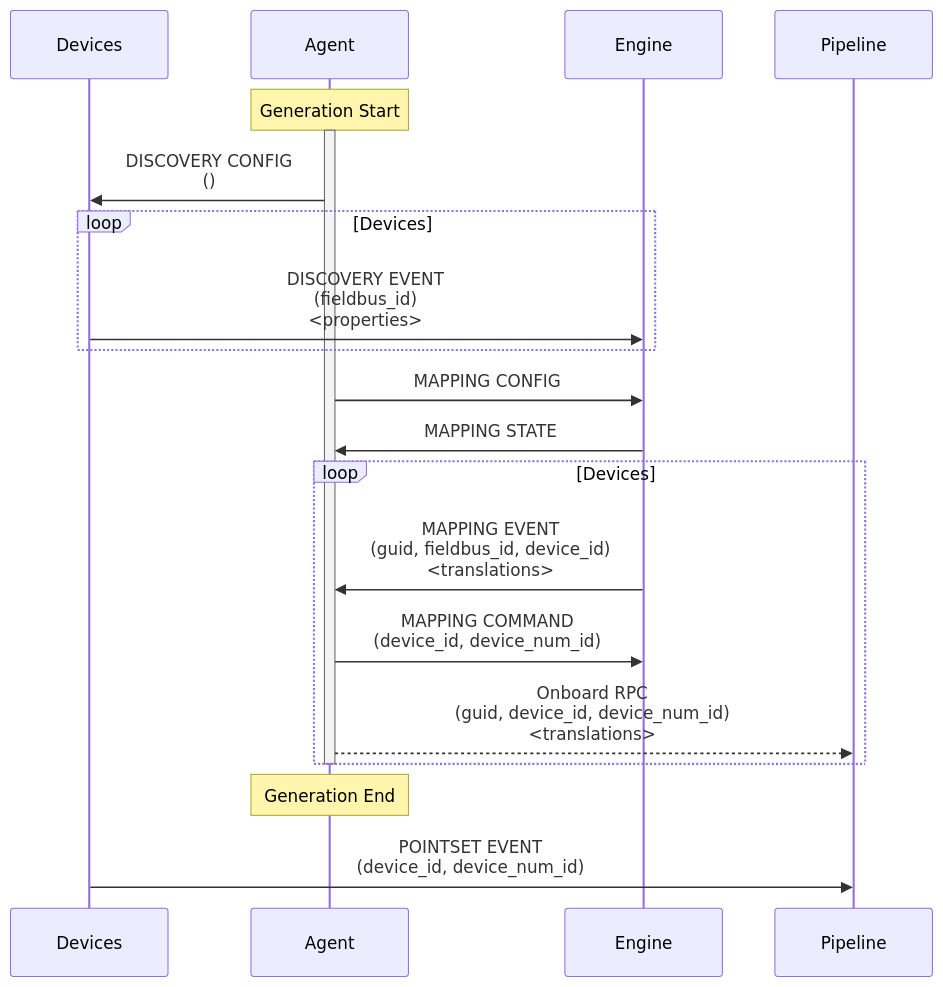
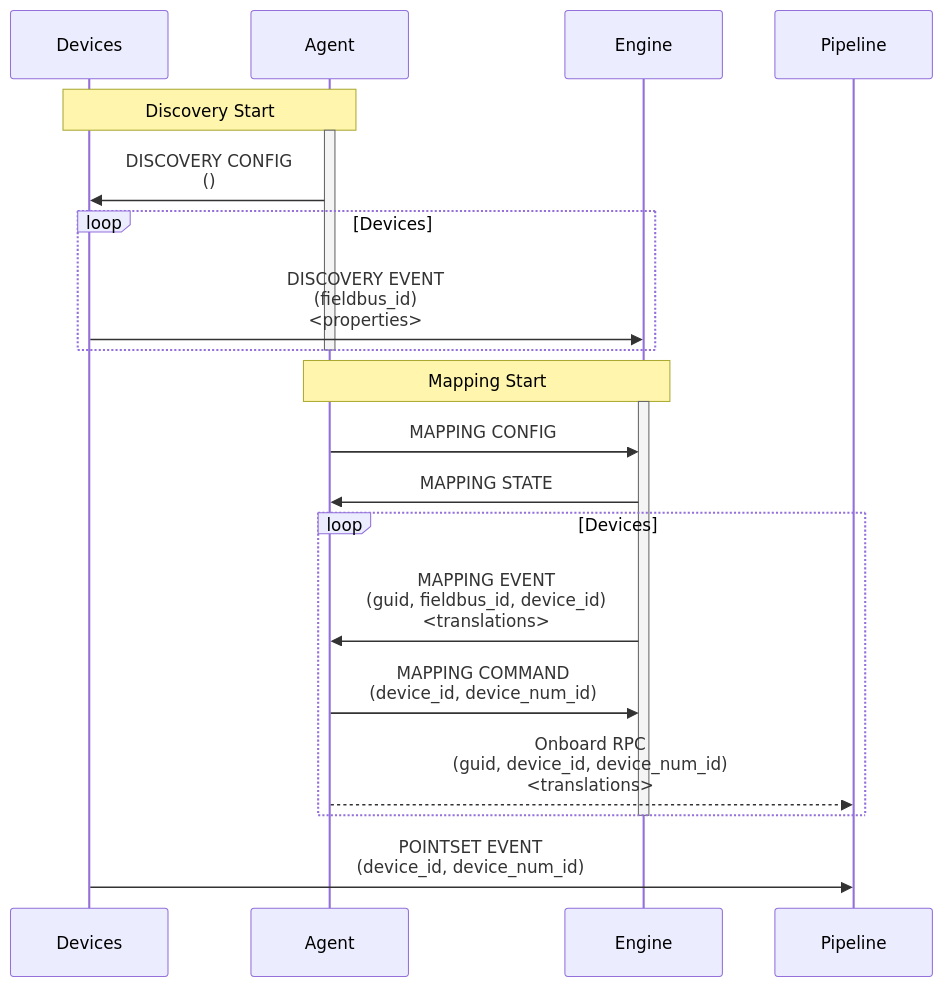
Before and after one commit to faucetsdn/udmi: the diagram in docs/specs/mapping.md, drawn with Mermaid.

Commit message:
Adding activations

````diff
--- a/docs/specs/mapping.md
+++ b/docs/specs/mapping.md
@@ -31,24 +31,26 @@
 ```mermaid
 sequenceDiagram
   %%{wrap}%%
   participant Devices
   participant Agent
   participant Engine
   participant Pipeline
-  Note over Agent: Generation Start
+  Note over Devices, Agent: Discovery Start
   activate Agent
   Agent->>Devices: DISCOVERY CONFIG<br/>()
   loop Devices
     Devices->>Engine: DISCOVERY EVENT<br/>(fieldbus_id)<br/><properties>
   end
+  deactivate Agent
+  Note over Agent, Engine: Mapping Start
+  activate Engine
   Agent->>Engine: MAPPING CONFIG
   Engine->>Agent: MAPPING STATE
   loop Devices
     Engine->>Agent: MAPPING EVENT<br/>(guid, fieldbus_id, device_id)<br/><translations>
     Agent->>Engine: MAPPING COMMAND<br/>(device_id, device_num_id)
     Agent-->>Pipeline: Onboard RPC<br/>(guid, device_id, device_num_id)<br/><translations>
   end
-  deactivate Agent
-  Note over Agent: Generation End
+  deactivate Engine
   Devices->>Pipeline: POINTSET EVENT<br/>(device_id, device_num_id)
 ```
````
